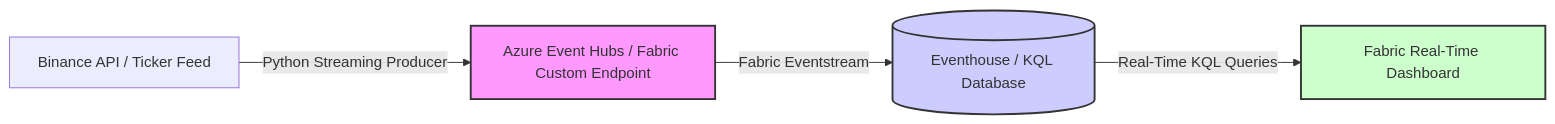
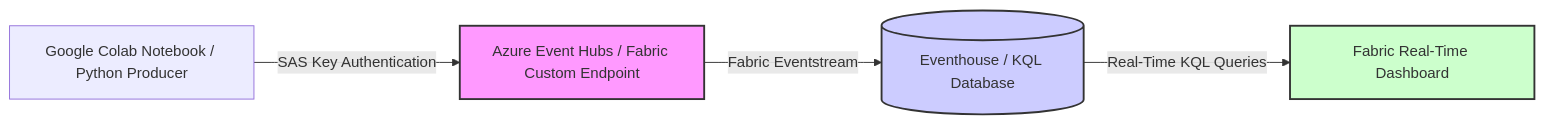
One commit to Z0ntaro/Crypto-Realtime changed the diagram in README.md. Above: the diagram before and after it, drawn with Mermaid. The commit also changed other lines of this file, not shown here.

Commit message:
Update README to document complete verified state, Colab ingestion, and embed screenshots

````diff
--- a/README.md
+++ b/README.md
@@ -32,10 +32,10 @@
 ```mermaid
 graph LR
-    Binance[Binance API / Ticker Feed] -->|Python Streaming Producer| Hub[Azure Event Hubs / Fabric Custom Endpoint]
+    Colab[Google Colab Notebook / Python Producer] -->|SAS Key Authentication| Hub[Azure Event Hubs / Fabric Custom Endpoint]
     Hub -->|Fabric Eventstream| DB[(Eventhouse / KQL Database)]
     DB -->|Real-Time KQL Queries| Dashboard[Fabric Real-Time Dashboard]
 
     style Hub fill:#f9f,stroke:#333,stroke-width:2px
     style DB fill:#ccf,stroke:#333,stroke-width:2px
     style Dashboard fill:#cfc,stroke:#333,stroke-width:2px
 ```
````
